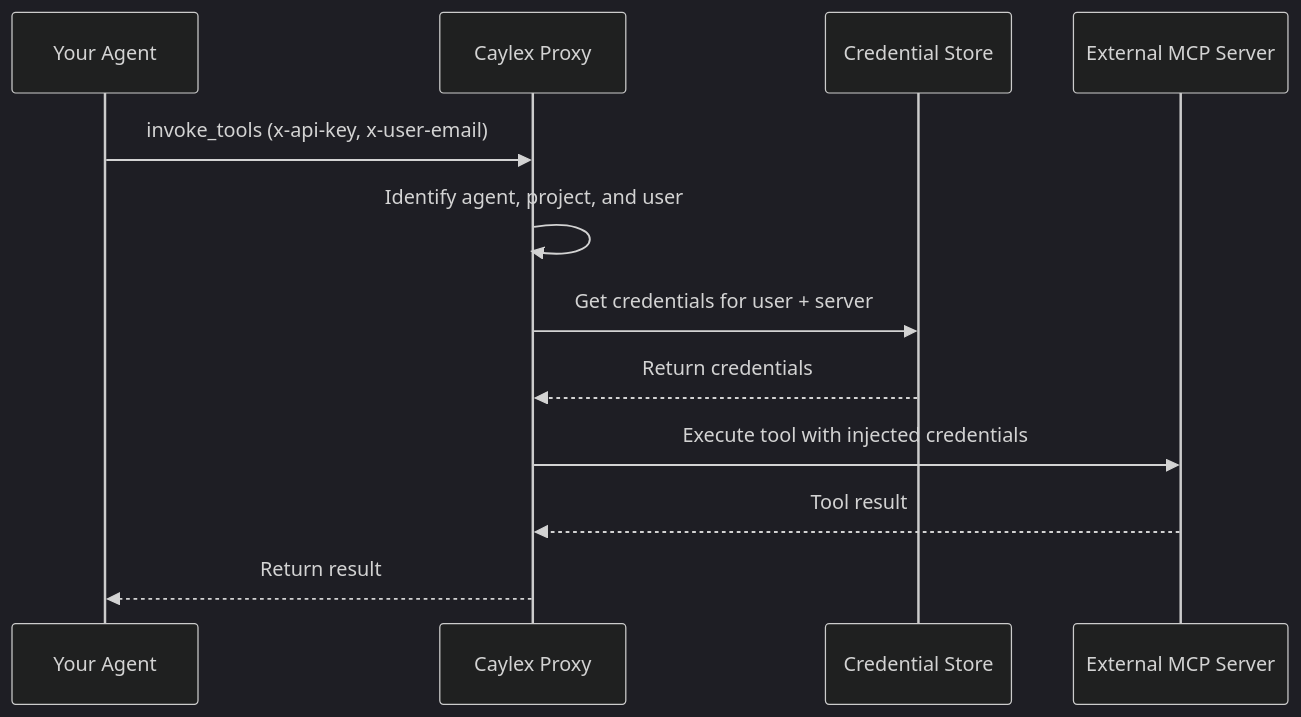
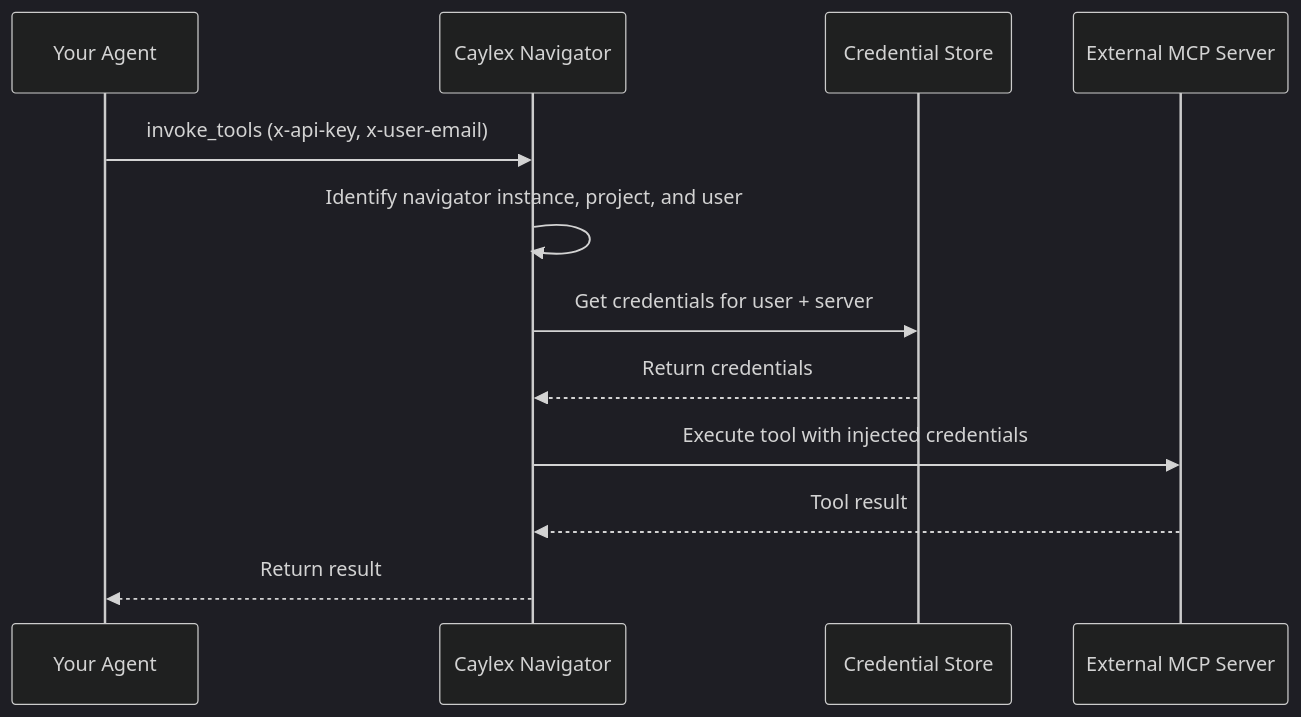
The diagram in auth/overview.mdx (caylex-ai/caylex-developer-docs), drawn with Mermaid (dark theme) before and after one commit. The commit also changed other lines of this file and 23 other files, not shown here.

First line of the commit message:
Rename Proxy to Navigator, Agent Instance to Navigator Instance across all docs

````diff
--- a/auth/overview.mdx
+++ b/auth/overview.mdx
@@ -80,15 +80,15 @@
 ```mermaid
 sequenceDiagram
     participant Agent as Your Agent
-    participant Proxy as Caylex Proxy
+    participant Navigator as Caylex Navigator
     participant Creds as Credential Store
     participant Server as External MCP Server
 
-    Agent->>Proxy: invoke_tools (x-api-key, x-user-email)
-    Proxy->>Proxy: Identify agent, project, and user
-    Proxy->>Creds: Get credentials for user + server
-    Creds-->>Proxy: Return credentials
-    Proxy->>Server: Execute tool with injected credentials
-    Server-->>Proxy: Tool result
-    Proxy-->>Agent: Return result
+    Agent->>Navigator: invoke_tools (x-api-key, x-user-email)
+    Navigator->>Navigator: Identify navigator instance, project, and user
+    Navigator->>Creds: Get credentials for user + server
+    Creds-->>Navigator: Return credentials
+    Navigator->>Server: Execute tool with injected credentials
+    Server-->>Navigator: Tool result
+    Navigator-->>Agent: Return result
 ```
````
